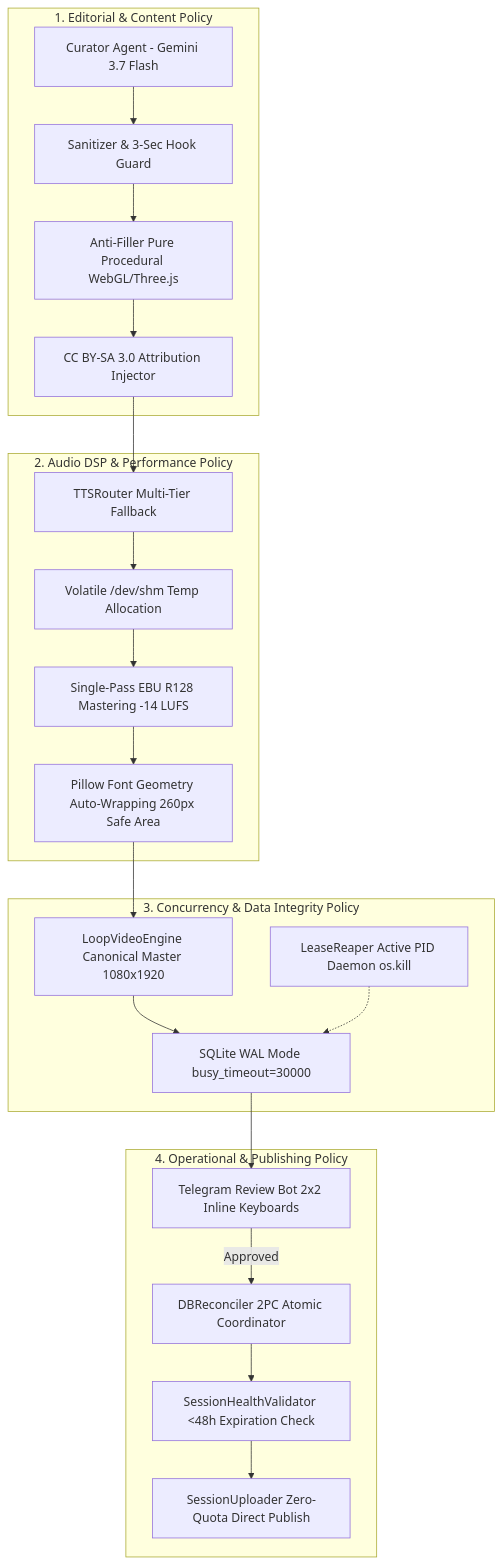
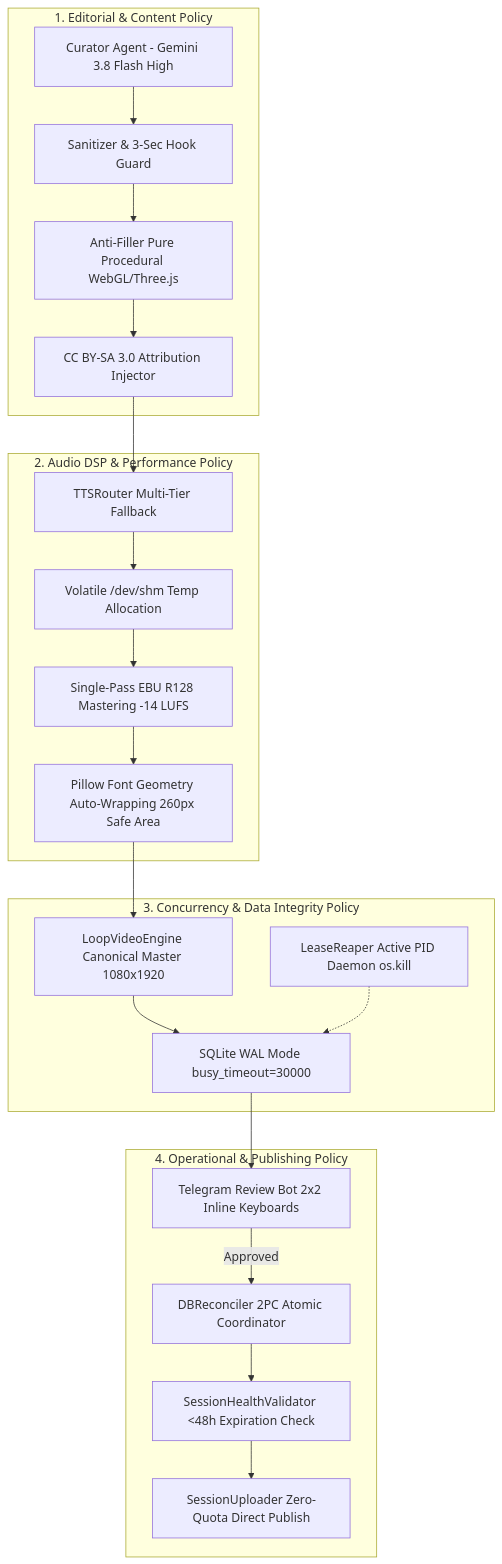
The diagram in openspec/changes/archive/2026-09-01-project-policies/design.md (soyaelithia-ui/yt-auto), drawn with Mermaid before and after one commit. The commit also changed 26 other files, not shown here.

Commit message:
refactor(channels): rename lanes and channels to thematic/numbered identifiers, consolidate Gemini 3.8 Flash High as exclusive model, and purge legacy bloat

````diff
--- a/openspec/changes/archive/2026-09-01-project-policies/design.md
+++ b/openspec/changes/archive/2026-09-01-project-policies/design.md
@@ -5,28 +5,28 @@
 ```mermaid
 flowchart TD
     subgraph P1_Editorial["1. Editorial & Content Policy"]
-        E1[Curator Agent - Gemini 3.7 Flash] --> E2[Sanitizer & 3-Sec Hook Guard]
+        E1[Curator Agent - Gemini 3.8 Flash High] --> E2[Sanitizer & 3-Sec Hook Guard]
         E2 --> E3[Anti-Filler Pure Procedural WebGL/Three.js]
         E3 --> E4[CC BY-SA 3.0 Attribution Injector]
     end
 
     subgraph P2_Audio_DSP["2. Audio DSP & Performance Policy"]
         E4 --> A1[TTSRouter Multi-Tier Fallback]
         A1 --> A2[Volatile /dev/shm Temp Allocation]
         A2 --> A3[Single-Pass EBU R128 Mastering -14 LUFS]
         A3 --> A4[Pillow Font Geometry Auto-Wrapping 260px Safe Area]
     end
 
     subgraph P3_Persistence_Reaper["3. Concurrency & Data Integrity Policy"]
         A4 --> D1[LoopVideoEngine Canonical Master 1080x1920]
         D1 --> D2[SQLite WAL Mode busy_timeout=30000]
         D3[LeaseReaper Active PID Daemon os.kill] -.-> D2
     end
 
     subgraph P4_Publishing_Review["4. Operational & Publishing Policy"]
         D2 --> R1[Telegram Review Bot 2x2 Inline Keyboards]
         R1 -->|Approved| R2[DBReconciler 2PC Atomic Coordinator]
         R2 --> R3[SessionHealthValidator <48h Expiration Check]
         R3 --> R4[SessionUploader Zero-Quota Direct Publish]
     end
 ```
````
